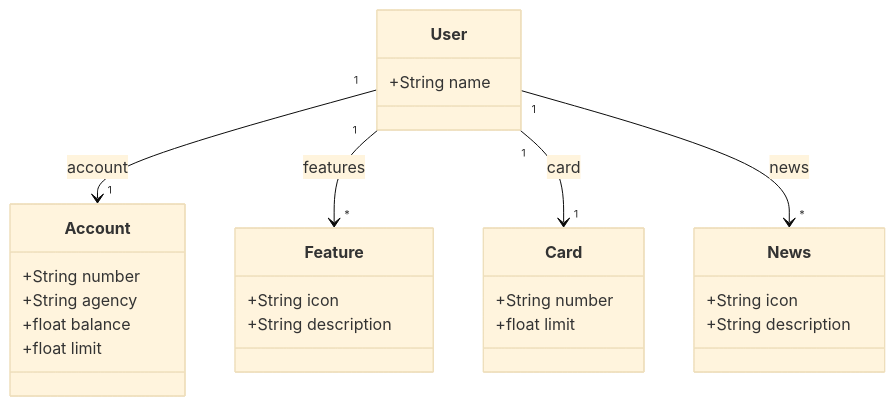
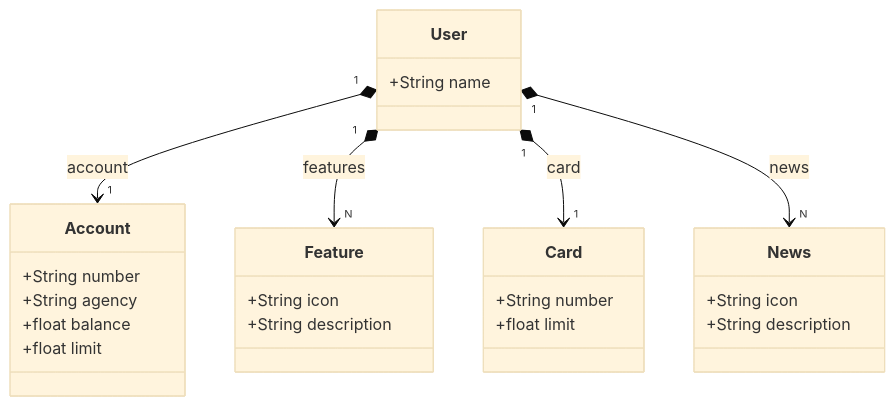
One commit to isaquenobre/publicando_apirest_na_nuvem changed the diagram in README.md. Above: the diagram before and after it, drawn with Mermaid (base theme).

Commit message:
Update relationships in README for User modelo

````diff
--- a/README.md
+++ b/README.md
@@ -5,34 +5,34 @@
 ```mermaid
 classDiagram
     class User {
         +String name
     }
 
     class Account {
         +String number
         +String agency
         +float balance
         +float limit
     }
 
     class Feature {
         +String icon
         +String description
     }
 
     class Card {
         +String number
         +float limit
     }
 
     class News {
         +String icon
         +String description
     }
 
-    User "1" --> "1" Account : account
-    User "1" --> "*" Feature : features
-    User "1" --> "1" Card : card
-    User "1" --> "*" News : news
+    User "1" *--> "1" Account : account
+    User "1" *--> "N" Feature : features
+    User "1" *--> "1" Card : card
+    User "1" *--> "N" News : news
 
 ```
````
